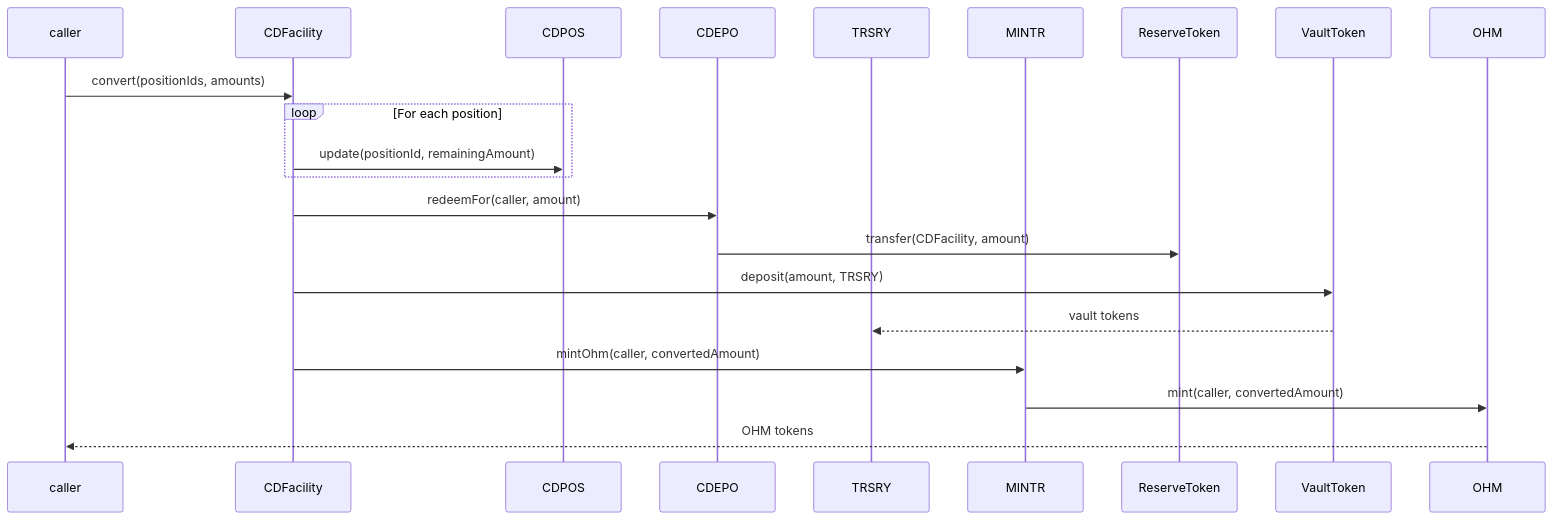
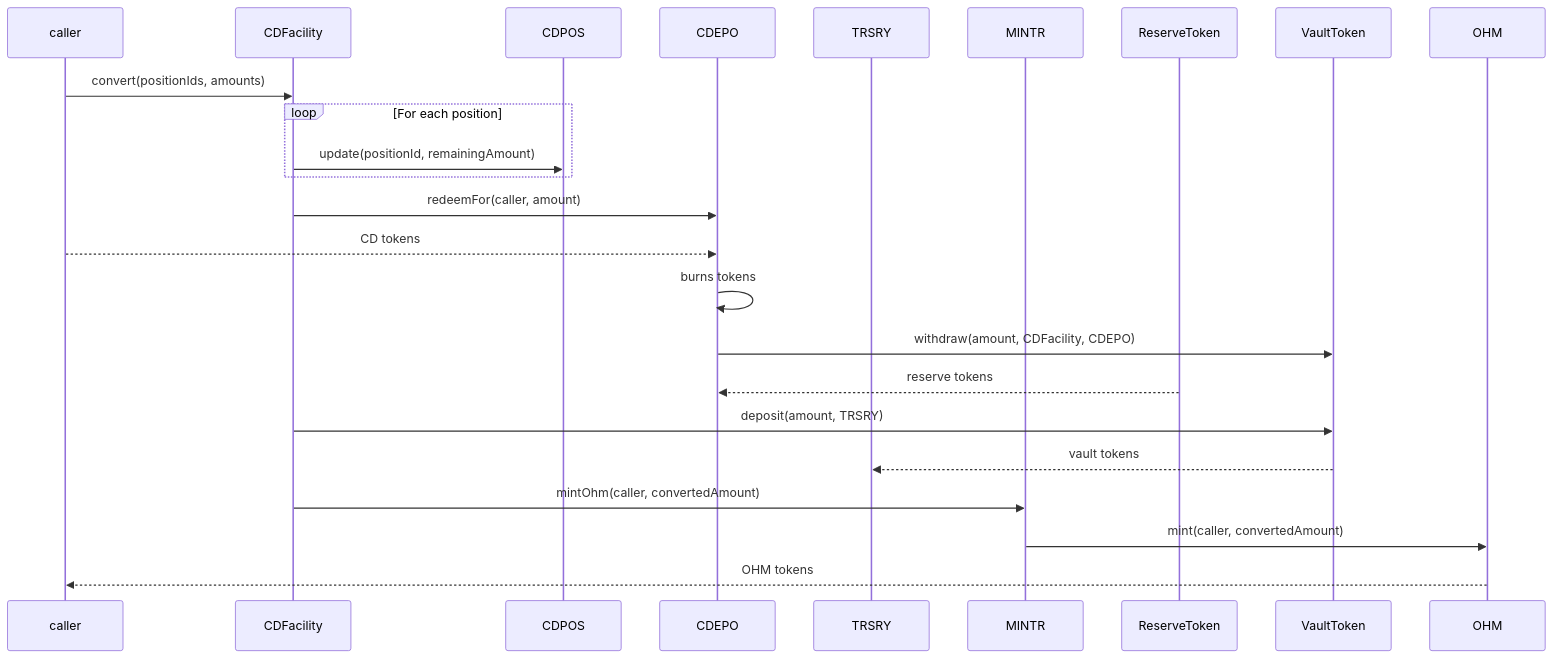
The fourth of 6 diagrams in audit/2025-01_convertible-deposits/README.md (OlympusDAO/olympus-v3), drawn with Mermaid before and after one commit. The commit also changed other lines of this file, not shown here.

````diff
--- a/audit/2025-01_convertible-deposits/README.md
+++ b/audit/2025-01_convertible-deposits/README.md
@@ -185,24 +194,27 @@
 ```mermaid
 sequenceDiagram
     participant caller
     participant CDFacility
     participant CDPOS
     participant CDEPO
     participant TRSRY
     participant MINTR
     participant ReserveToken
     participant VaultToken
     participant OHM
 
     caller->>CDFacility: convert(positionIds, amounts)
     loop For each position
         CDFacility->>CDPOS: update(positionId, remainingAmount)
     end
     CDFacility->>CDEPO: redeemFor(caller, amount)
-    CDEPO->>ReserveToken: transfer(CDFacility, amount)
+    caller-->>CDEPO: CD tokens
+    CDEPO->>CDEPO: burns tokens
+    CDEPO->>VaultToken: withdraw(amount, CDFacility, CDEPO)
+    ReserveToken-->>CDEPO: reserve tokens
     CDFacility->>VaultToken: deposit(amount, TRSRY)
     VaultToken-->>TRSRY: vault tokens
     CDFacility->>MINTR: mintOhm(caller, convertedAmount)
     MINTR->>OHM: mint(caller, convertedAmount)
     OHM-->>caller: OHM tokens
 ```
````
